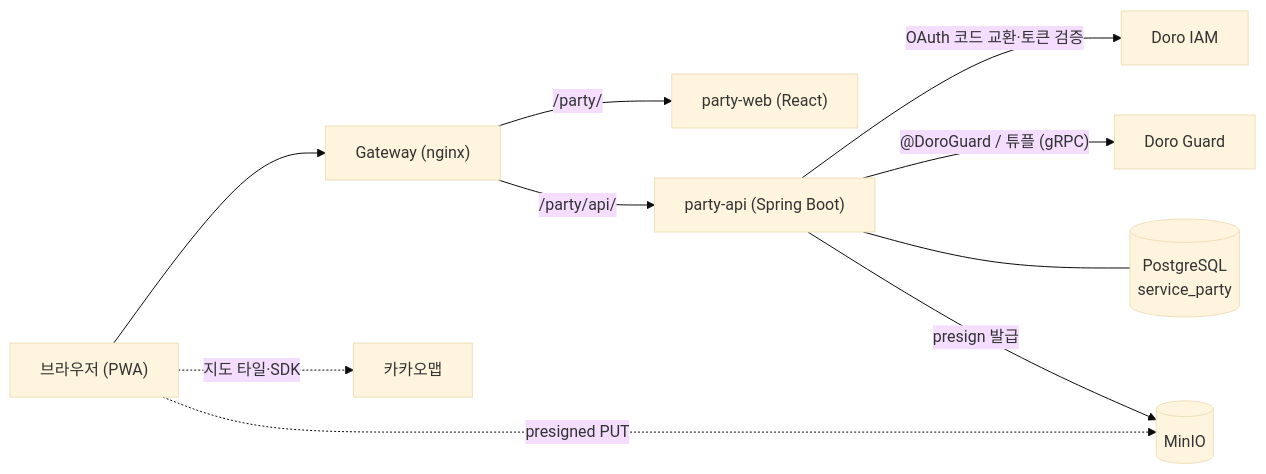
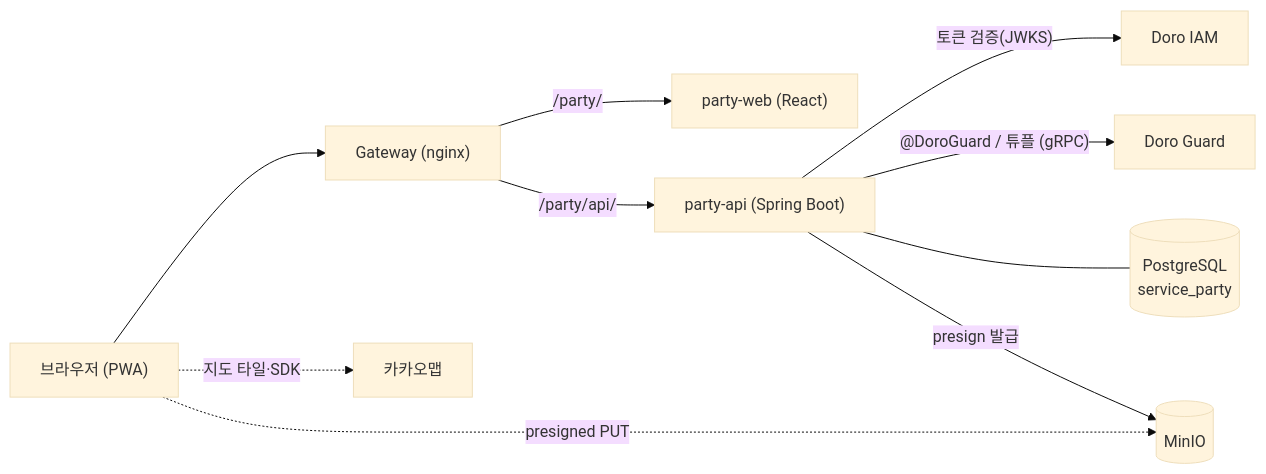
Before and after one commit to yu-teacher/doro-party: the diagram in docs/DESIGN.md, drawn with Mermaid (base theme). The commit also changed other lines of this file and 36 other files, not shown here.

````diff
--- a/docs/DESIGN.md
+++ b/docs/DESIGN.md
@@ -36,12 +36,12 @@
 ```mermaid
 flowchart LR
     B["브라우저 (PWA)"] --> GW["Gateway (nginx)"]
     GW -->|"/party/"| W["party-web (React)"]
     GW -->|"/party/api/"| API["party-api (Spring Boot)"]
     B -.->|"지도 타일·SDK"| K["카카오맵"]
     B -.->|"presigned PUT"| M[("MinIO")]
-    API -->|"OAuth 코드 교환·토큰 검증"| IAM["Doro IAM"]
+    API -->|"토큰 검증(JWKS)"| IAM["Doro IAM"]
     API -->|"@DoroGuard / 튜플 (gRPC)"| G["Doro Guard"]
     API --- PG[("PostgreSQL<br/>service_party")]
     API -->|"presign 발급"| M
 ```
````
